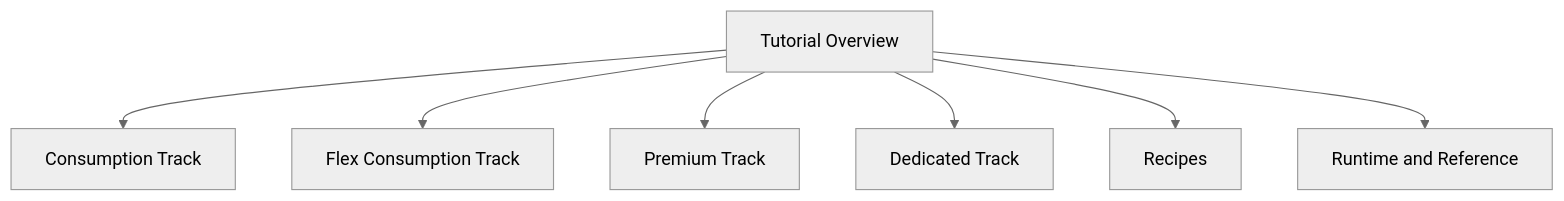
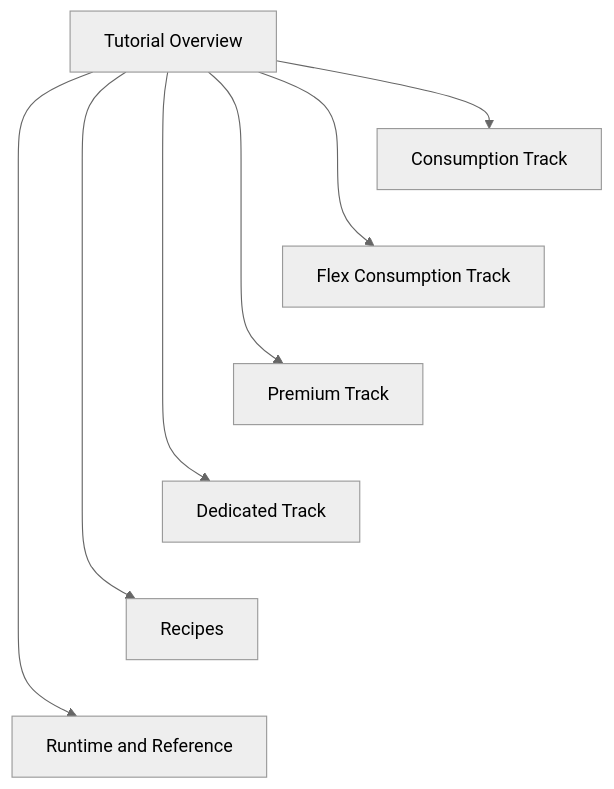
Before and after one commit to yeongseon/azure-functions-practical-guide: the diagram in docs/language-guides/powershell/index.md, drawn with Mermaid (neutral theme). The commit also changed other lines of this file and 1 other file, not shown here.

Commit message:
docs(diagrams): improve PowerShell guide navigation readability (#533)
Tier the existing guide destinations without changing navigation relationships.
Add an accessible name and description and refresh the owned inventory record.

Refs #353

````diff
--- a/docs/language-guides/powershell/index.md
+++ b/docs/language-guides/powershell/index.md
@@ -25,10 +25,18 @@
 ```mermaid
 flowchart TD
+    accTitle: PowerShell language guide navigation
+    accDescr: Documentation-navigation map, not an Azure architecture. Tutorial Overview points to Consumption, Flex Consumption, Premium and Dedicated tracks, Recipes, and Runtime and Reference. Invisible links arrange the destinations only; they add no reading prerequisites or product relationships.
     A[Tutorial Overview]
     A --> B[Consumption Track]
     A --> C[Flex Consumption Track]
     A --> D[Premium Track]
     A --> E[Dedicated Track]
     A --> F[Recipes]
     A --> G[Runtime and Reference]
+    %% Layout-only links tier destinations; no additional navigation arrows or prerequisites.
+    B ~~~ C
+    C ~~~ D
+    D ~~~ E
+    E ~~~ F
+    F ~~~ G
 ```
````
